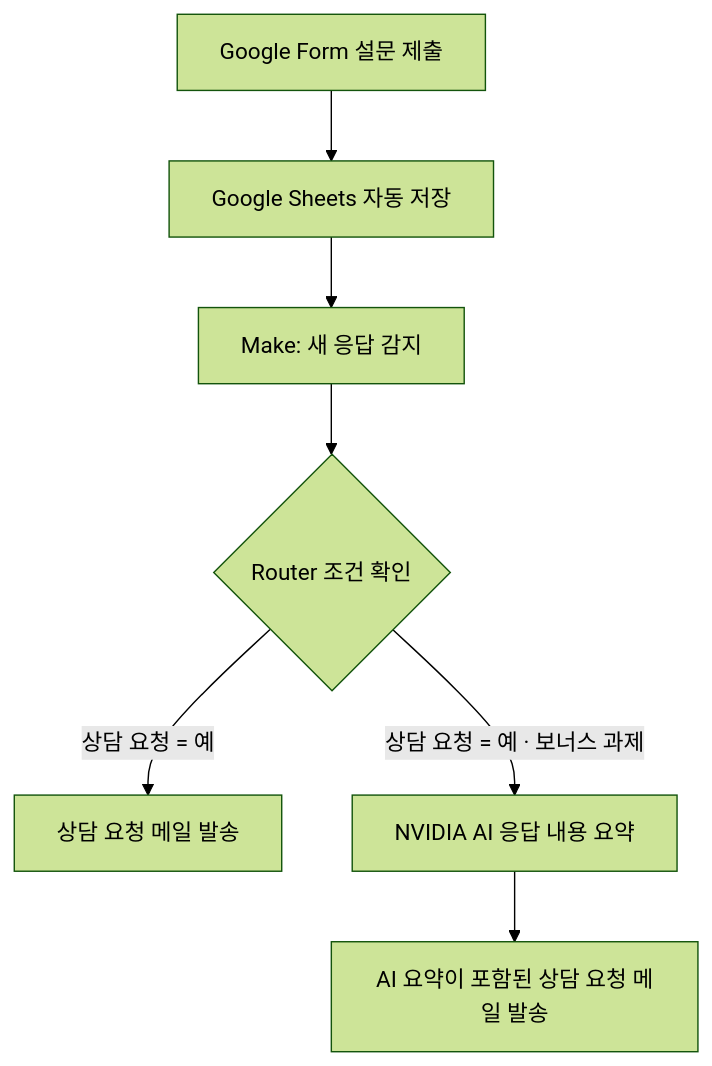
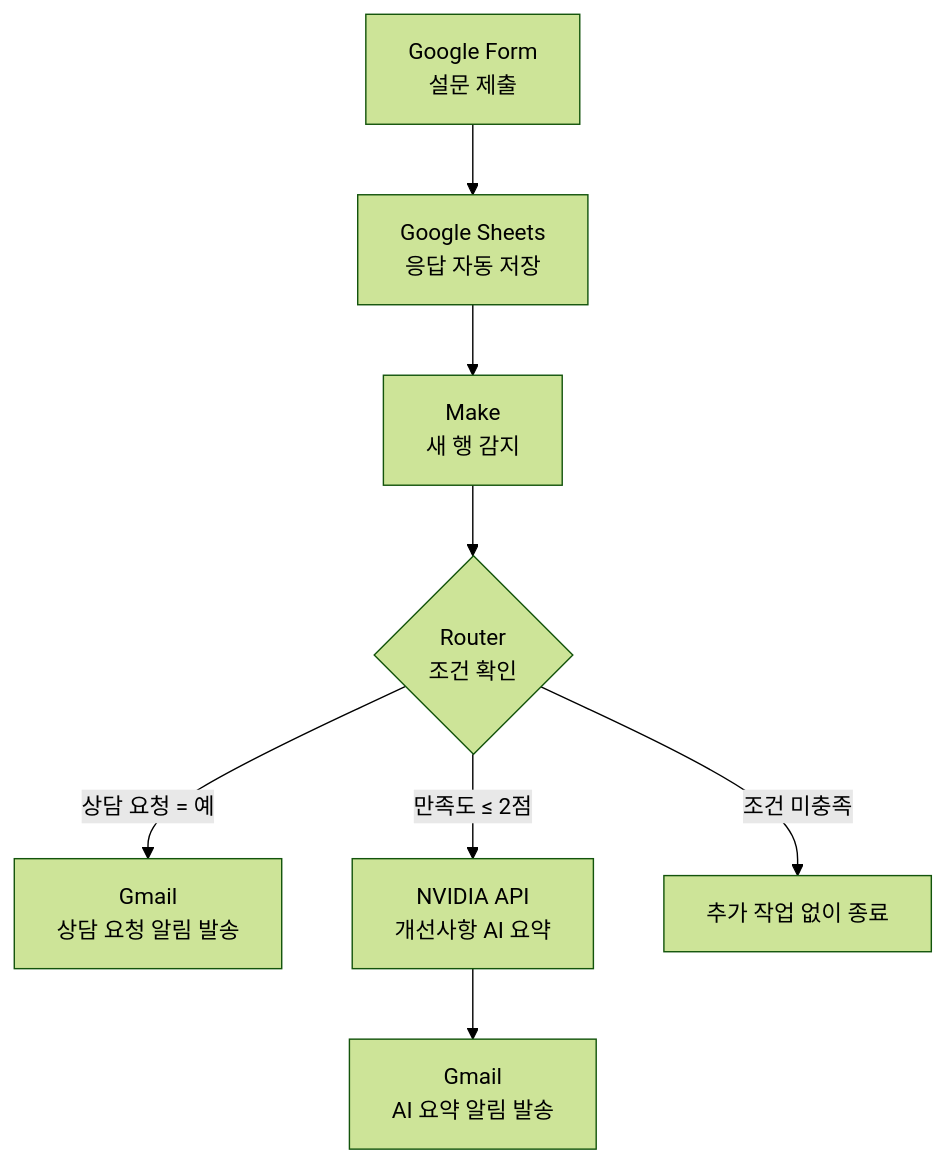
Before and after one commit to jjjoy1114/codyssey_ai_native: the first of 3 diagrams in project-03/README.md, drawn with Mermaid (forest theme). The commit also changed other lines of this file, not shown here.

````diff
--- a/project-03/README.md
+++ b/project-03/README.md
@@ -83,10 +96,13 @@
 ```mermaid
 flowchart TD
-    A[Google Form 설문 제출] --> B[Google Sheets 자동 저장]
-    B --> C[Make: 새 응답 감지]
-    C --> D{Router 조건 확인}
+    A["Google Form<br/>설문 제출"] --> B["Google Sheets<br/>응답 자동 저장"]
+    B --> C["Make<br/>새 행 감지"]
+    C --> D{"Router<br/>조건 확인"}
 
-    D -->|상담 요청 = 예| E[상담 요청 메일 발송]
-    D -->|상담 요청 = 예 · 보너스 과제| F[NVIDIA AI 응답 내용 요약]
-    F --> G[AI 요약이 포함된 상담 요청 메일 발송]
+    D -->|"상담 요청 = 예"| E["Gmail<br/>상담 요청 알림 발송"]
+
+    D -->|"만족도 ≤ 2점"| F["NVIDIA API<br/>개선사항 AI 요약"]
+    F --> G["Gmail<br/>AI 요약 알림 발송"]
+
+    D -->|"조건 미충족"| H["추가 작업 없이 종료"]
 ```
````
